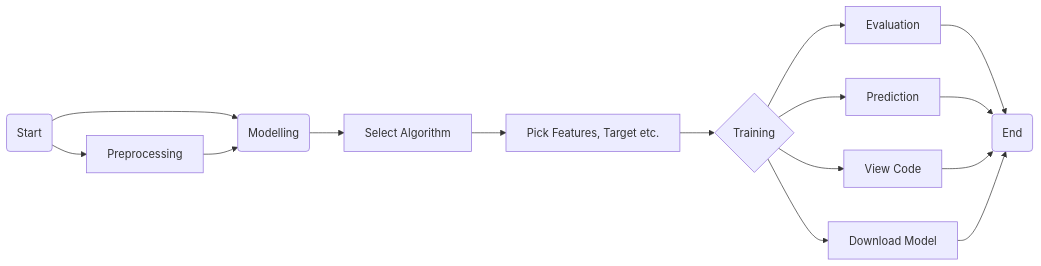
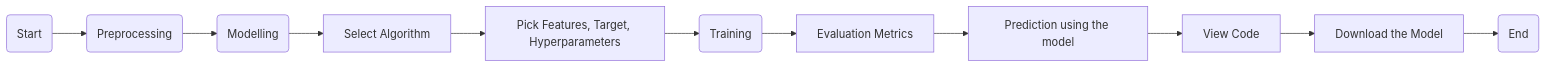
The diagram in README.md (akshay-rajan/expertsystem), drawn with Mermaid before and after one commit. The commit also changed other lines of this file, not shown here.

````diff
--- a/README.md
+++ b/README.md
@@ -25,19 +27,14 @@
 ```mermaid
 flowchart LR
-    A(Start) --> B[Preprocessing]
+    A(Start) --> B(Preprocessing)
+    B --> D(Modelling)
+    D --> E[Select Algorithm]
+    E --> F[Pick Features, Target, Hyperparameters]
+    F --> G(Training)
+    G --> H[Evaluation Metrics]
+    H --> I[Prediction using the model]
+    I --> J[View Code]
+    J --> K[Download the Model]
 
-    A --> D(Modelling)
-    B --> D
-    D --> E[Select Algorithm]
-    E --> F[Pick Features, Target etc.]
-    F --> G{Training}
-    G --> H[Evaluation]
-    G --> I[Prediction]
-    G --> J[View Code]
-    G --> K[Download Model]
-
-    H --> Z(End)
-    I --> Z
-    J --> Z
-    K --> Z    
+    K --> Z(End)
 ```
````
